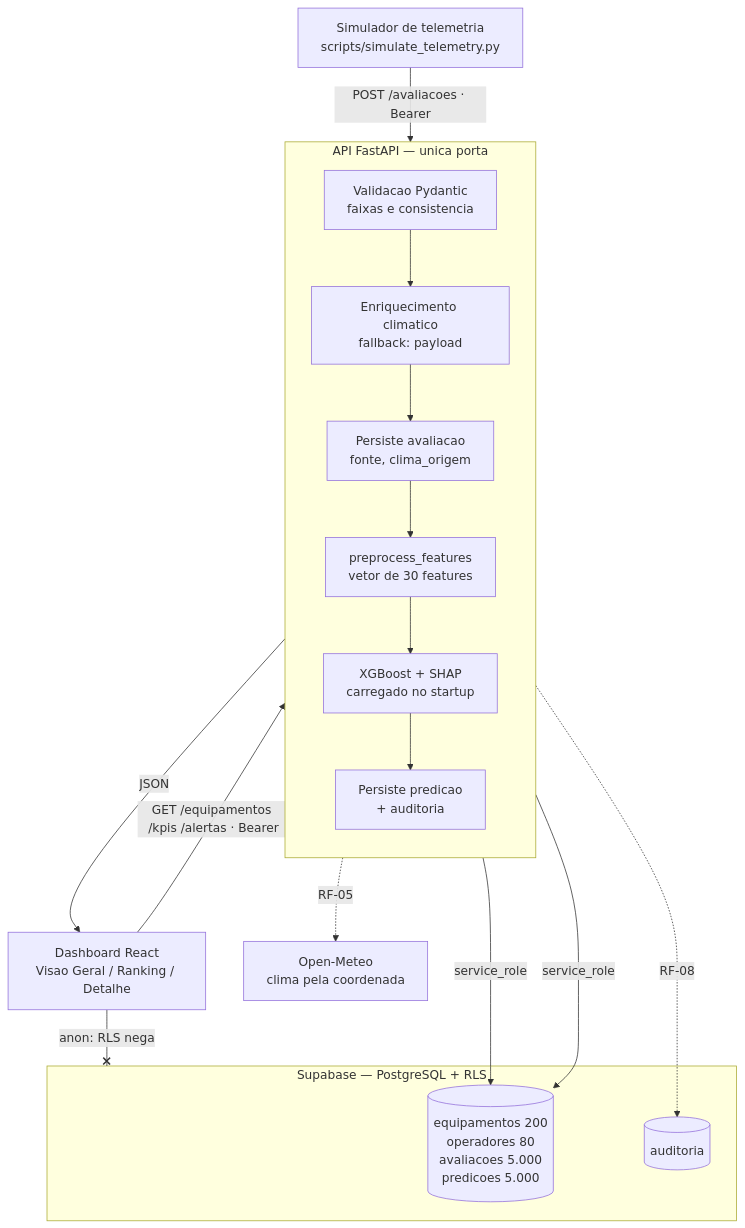
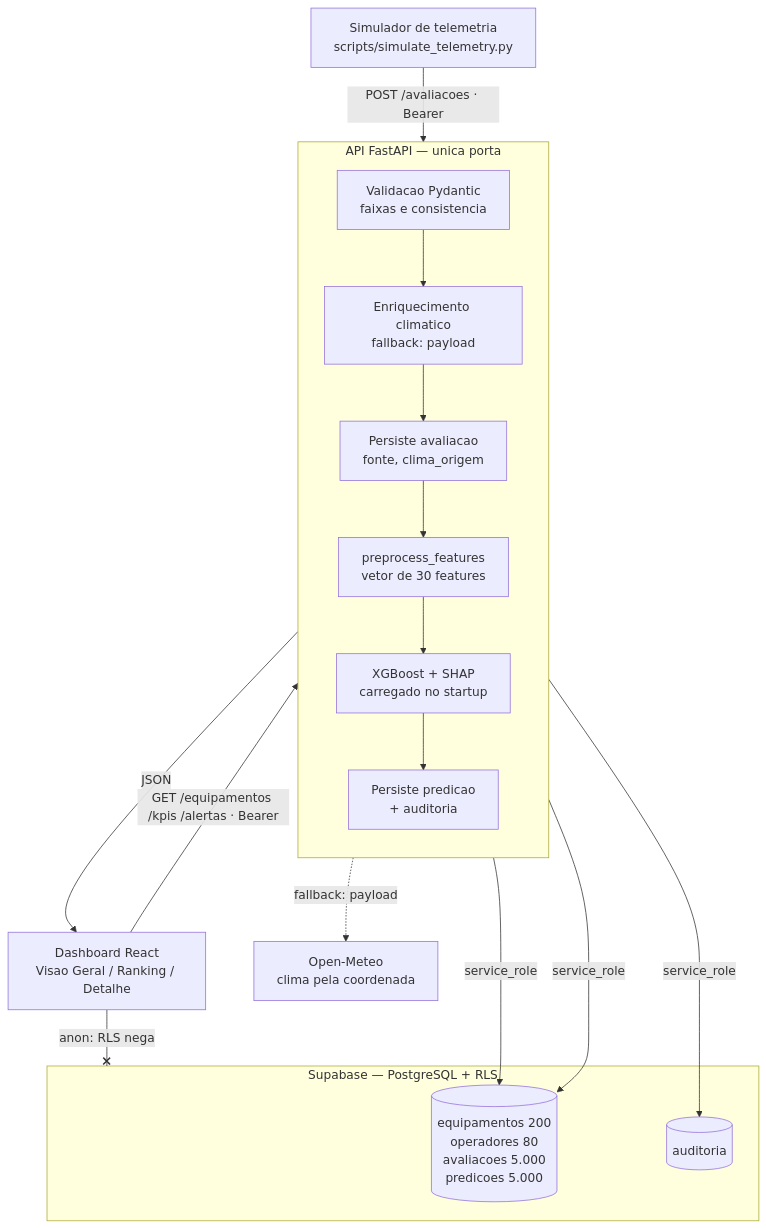
Before and after one commit to Avila237/sompo: the diagram in README.md, drawn with Mermaid. The commit also changed other lines of this file, not shown here.

````diff
--- a/README.md
+++ b/README.md
@@ -350,31 +351,31 @@
 ```mermaid
 flowchart TB
     SIM["Simulador de telemetria<br/>scripts/simulate_telemetry.py"]
     DASH["Dashboard React<br/>Visao Geral / Ranking / Detalhe"]
     METEO["Open-Meteo<br/>clima pela coordenada"]
 
     subgraph API["API FastAPI — unica porta"]
         direction TB
         VAL["Validacao Pydantic<br/>faixas e consistencia"]
         ENR["Enriquecimento climatico<br/>fallback: payload"]
         PERSA["Persiste avaliacao<br/>fonte, clima_origem"]
         PRE["preprocess_features<br/>vetor de 30 features"]
         MOD["XGBoost + SHAP<br/>carregado no startup"]
         PERSP["Persiste predicao<br/>+ auditoria"]
         VAL --> ENR --> PERSA --> PRE --> MOD --> PERSP
     end
 
     subgraph DB["Supabase — PostgreSQL + RLS"]
         TAB[("equipamentos 200<br/>operadores 80<br/>avaliacoes 5.000<br/>predicoes 5.000")]
         AUD[("auditoria")]
     end
 
     SIM -->|"POST /avaliacoes · Bearer"| VAL
     DASH -->|"GET /equipamentos /kpis /alertas · Bearer"| API
     API -->|JSON| DASH
-    ENR -.->|RF-05| METEO
+    ENR -.->|"fallback: payload"| METEO
     PERSA -->|service_role| TAB
     PERSP -->|service_role| TAB
-    PERSP -.->|RF-08| AUD
+    PERSP -->|service_role| AUD
     DASH --x|"anon: RLS nega"| DB
 ```
````
